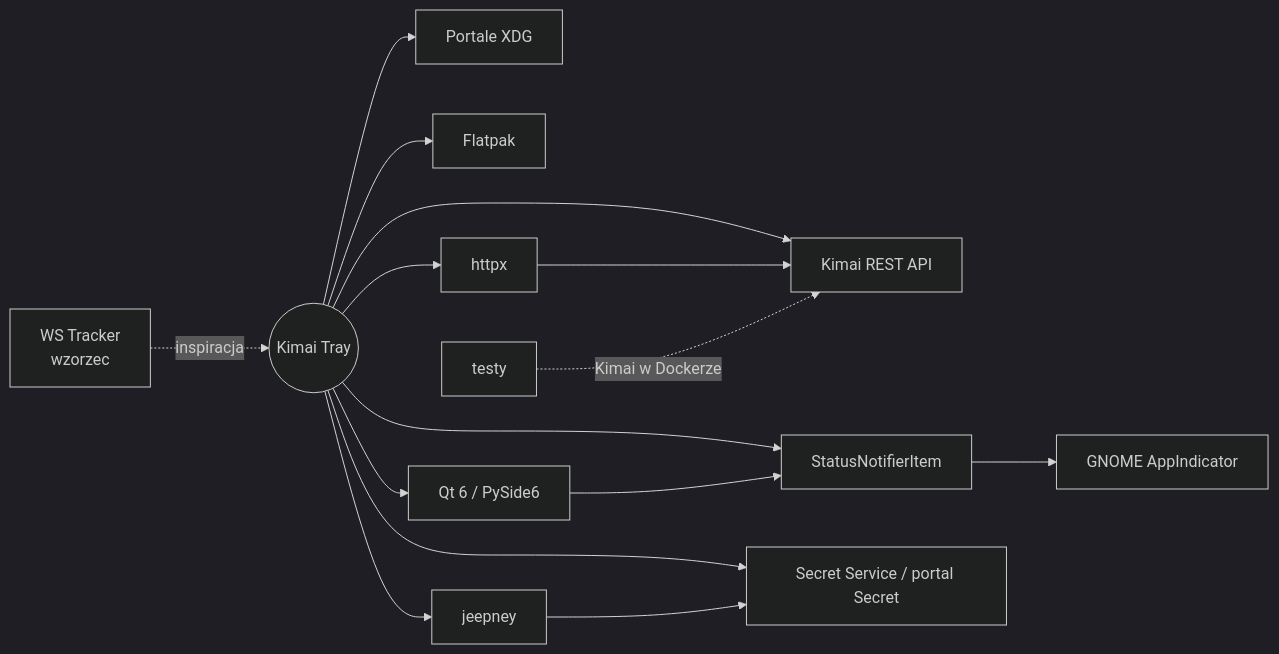
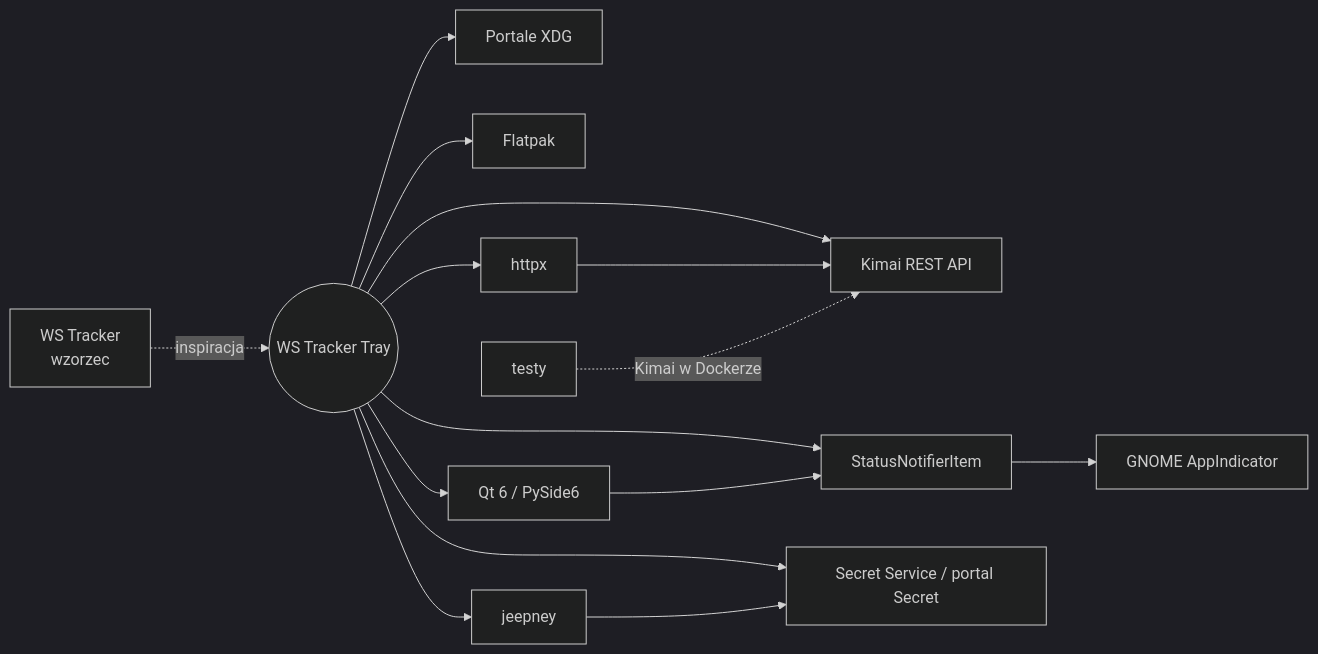
The diagram in docs/integracje/README.md (DragonKing026/DK-Tracker-Linux), drawn with Mermaid (dark theme) before and after one commit. The commit also changed 66 other files, not shown here.

Commit message:
docs: nazwa WS Tracker Tray w dokumentacji, planie 4 i zadaniach

````diff
--- a/docs/integracje/README.md
+++ b/docs/integracje/README.md
@@ -14,16 +14,16 @@
 ```mermaid
 flowchart LR
-    APP((Kimai Tray))
+    APP((WS Tracker Tray))
     APP --> K[Kimai REST API]
     APP --> SNI[StatusNotifierItem]
     SNI --> GN[GNOME AppIndicator]
     APP --> SEC[Secret Service / portal Secret]
     APP --> POR[Portale XDG]
     APP --> FP[Flatpak]
     APP --> QT[Qt 6 / PySide6]
     APP --> HX[httpx] --> K
     APP --> JP[jeepney] --> SEC
     QT --> SNI
     REF[WS Tracker<br/>wzorzec] -. inspiracja .-> APP
     TST[testy] -. Kimai w Dockerze .-> K
 ```
````
